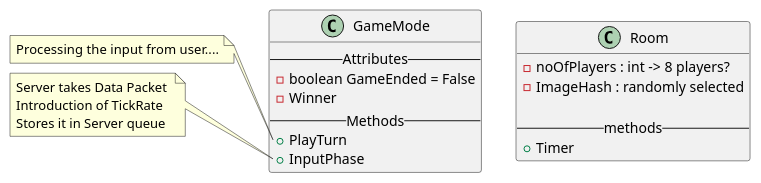
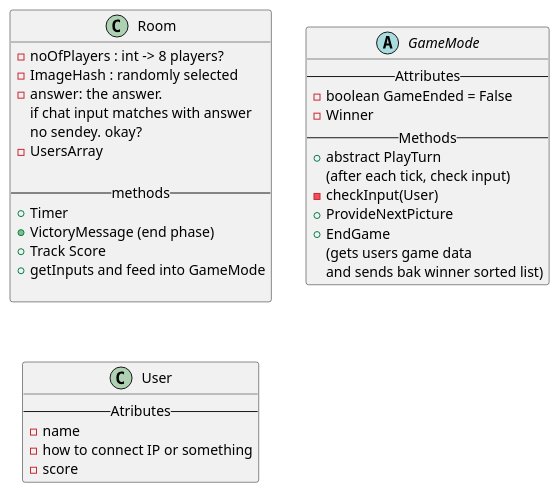
One commit to yashdwivedi/mavenproject1 changed the diagram in Flowcharts/ClassDiagram.wsd. Above: the diagram before and after it, drawn with PlantUML. The commit also changed 1 other file, not shown here.

Commit message:
some more diagrams 👻

```diff
--- a/Flowcharts/ClassDiagram.wsd
+++ b/Flowcharts/ClassDiagram.wsd
@@ -1,26 +1,44 @@
 @startuml
 class Room{
     - noOfPlayers : int -> 8 players?
     - ImageHash : randomly selected
+    - answer: the answer.
+        if chat input matches with answer
+        no sendey. okay?
+    - UsersArray
 
     -- methods --
     + Timer
+    + VictoryMessage (end phase)
+    + Track Score
+    + getInputs and feed into GameMode
+
 }
-class GameMode {
+abstract class GameMode {
     -- Attributes --
     - boolean GameEnded = False
     - Winner
     -- Methods --
-    + PlayTurn
-    + InputPhase
-    ' + EndPhase
+    + abstract PlayTurn 
+    (after each tick, check input)
+    - checkInput(User)
+    + ProvideNextPicture
+    + EndGame 
+    (gets users game data 
+    and sends bak winner sorted list)
 }
-note left of GameMode::PlayTurn
-Processing the input from user....
-endnote
-note left of GameMode::InputPhase
-Server takes Data Packet 
-Introduction of TickRate
-Stores it in Server queue
-endnote 
+class User {
+    -- Atributes --
+    - name
+    - how to connect IP or something
+    - score
+}
+' note left of GameMode::PlayTurn
+' Processing the input from user....
+' endnote
+' note left of GameMode::InputPhase
+' Server takes Data Packet 
+' Introduction of TickRate
+' Stores it in Server queue
+' endnote 
 @enduml
```
